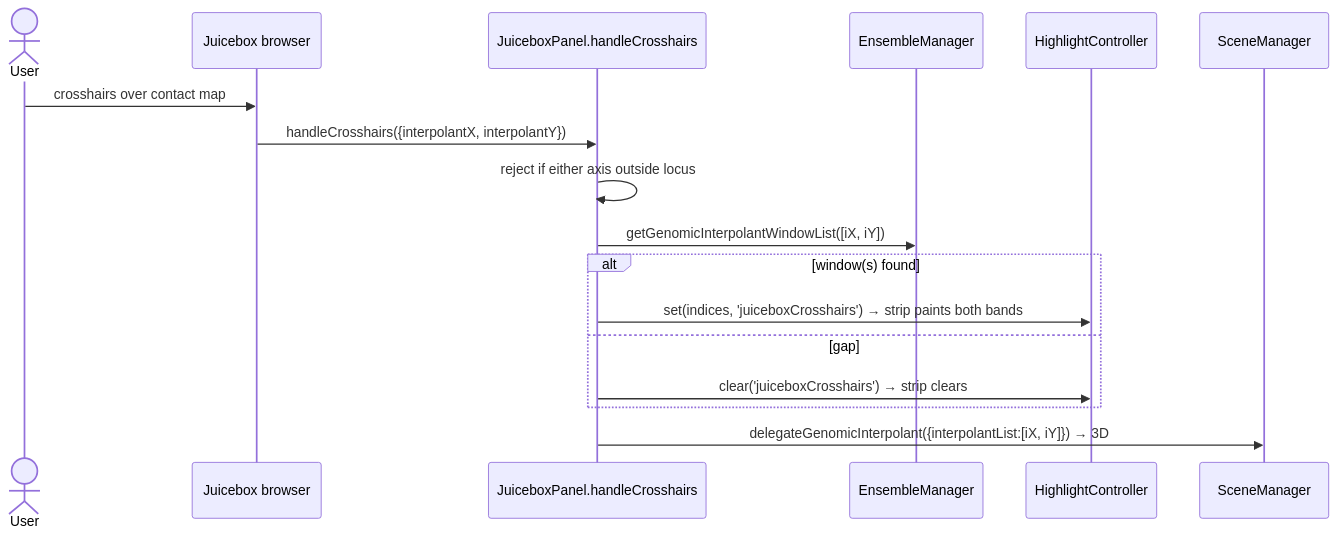
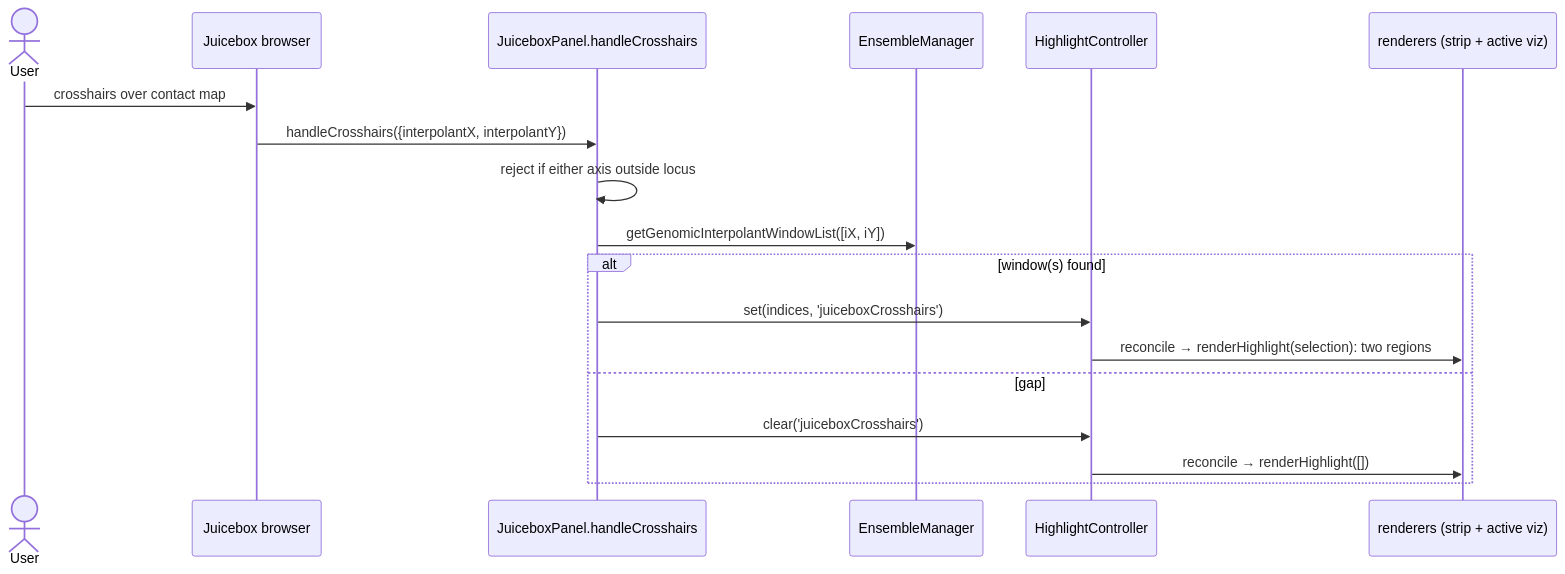
One commit to aidenlab/spacewalk changed the fifth of 7 diagrams in development-notes/highlighting-participant-map.md. Above: the diagram before and after it, drawn with Mermaid. The commit also changed other lines of this file and 9 other files, not shown here.

````diff
--- a/development-notes/highlighting-participant-map.md
+++ b/development-notes/highlighting-participant-map.md
@@ -263,20 +243,21 @@
 ```mermaid
 %%{init: {'themeVariables': {'fontSize': '16px', 'fontFamily': 'arial'}}}%%
 sequenceDiagram
     actor U as User
     participant JB as Juicebox browser
     participant JP as JuiceboxPanel.handleCrosshairs
     participant EM as EnsembleManager
     participant HC as HighlightController
-    participant SM as SceneManager
+    participant R as renderers (strip + active viz)
     U->>JB: crosshairs over contact map
     JB->>JP: handleCrosshairs({interpolantX, interpolantY})
     JP->>JP: reject if either axis outside locus
     JP->>EM: getGenomicInterpolantWindowList([iX, iY])
     alt window(s) found
-        JP->>HC: set(indices, 'juiceboxCrosshairs') → strip paints both bands
+        JP->>HC: set(indices, 'juiceboxCrosshairs')
+        HC->>R: reconcile → renderHighlight(selection): two regions
     else gap
-        JP->>HC: clear('juiceboxCrosshairs') → strip clears
+        JP->>HC: clear('juiceboxCrosshairs')
+        HC->>R: reconcile → renderHighlight([])
     end
-    JP->>SM: delegateGenomicInterpolant({interpolantList:[iX, iY]}) → 3D
 ```
````
